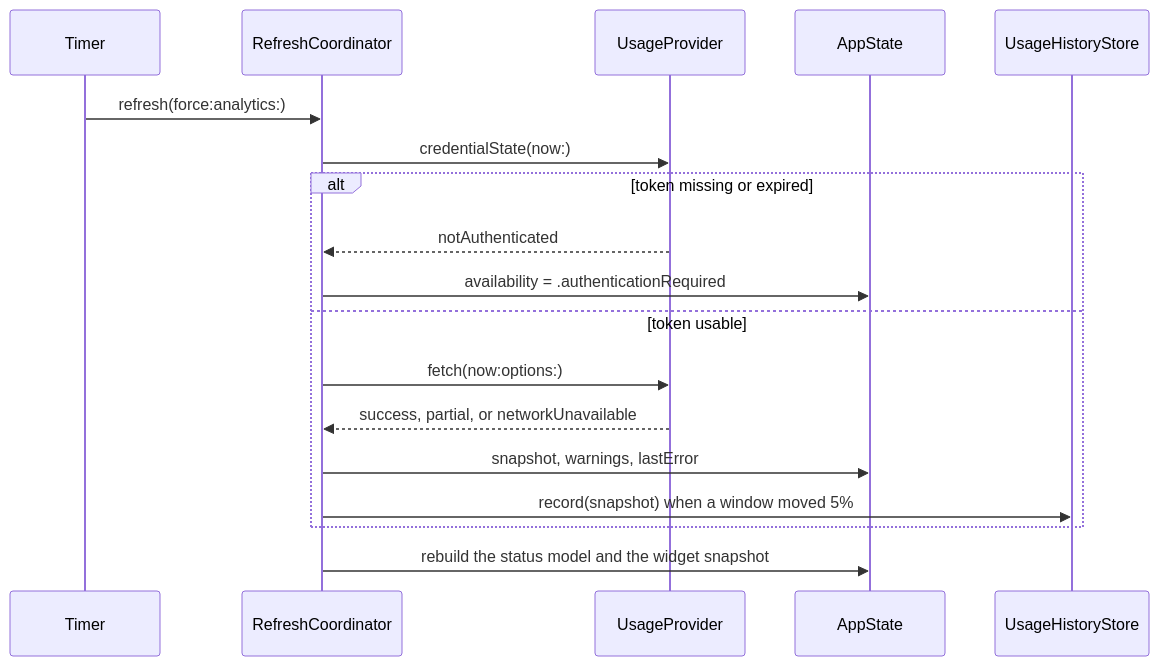
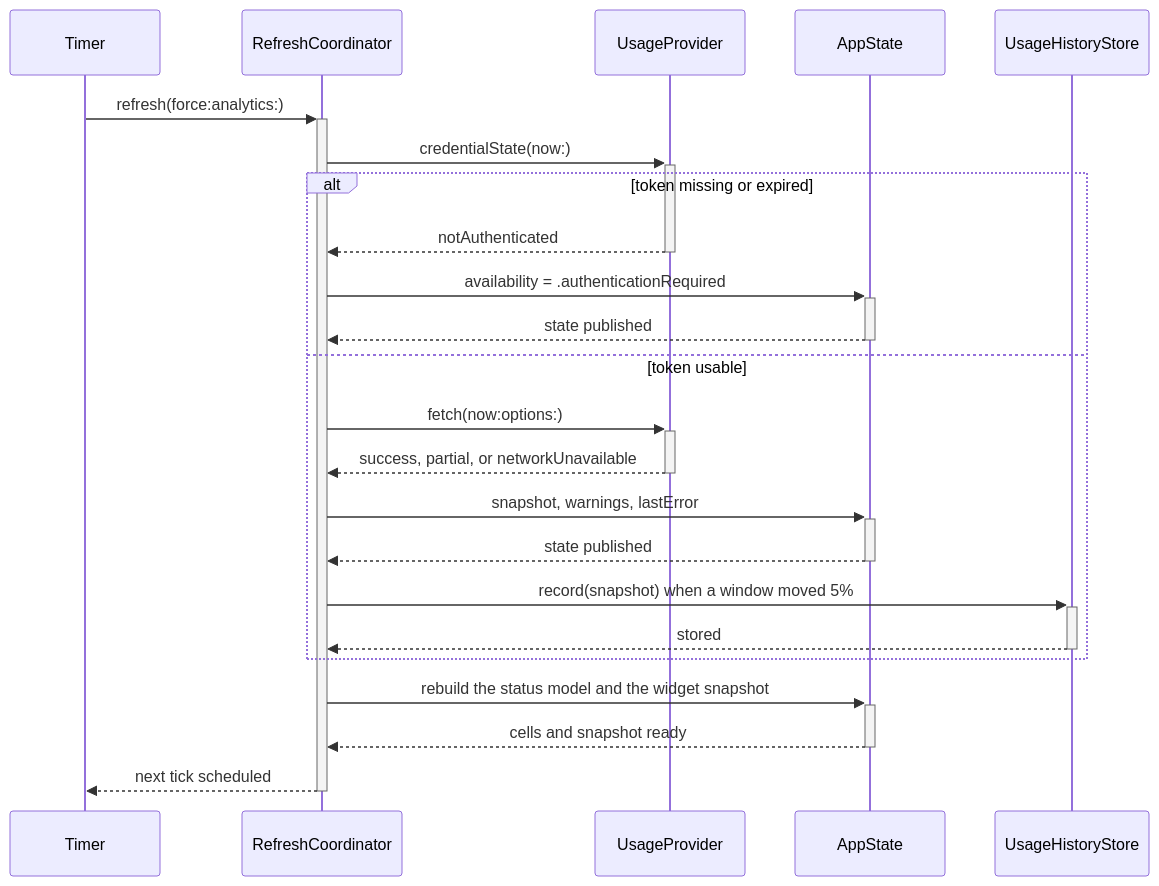
One commit to tox-dev/token-menu-bar-macos changed the second of 3 diagrams in website/content/contributing/_index.md. Above: the diagram before and after it, drawn with Mermaid. The commit also changed 2 other files, not shown here.

Commit message:
🧪 test: drive the Gemini and Cursor mappers through fetch
Both suites called the mapper functions with decoded fixtures, so they
described the shape of an internal type rather than what the app reports.
They now serve the same vendor JSON through the stub transport and assert
on the snapshot, including the four ways Cursor reports a bucket's usage
and the tier names Gemini maps to a plan.

Neither file needs @testable now.

Claude-Session: https://claude.ai/code/session_01CGckDFXvufWVmRH4uyE4z8

````diff
--- a/website/content/contributing/_index.md
+++ b/website/content/contributing/_index.md
@@ -61,20 +61,25 @@
 ```mermaid
 sequenceDiagram
     participant T as Timer
     participant C as RefreshCoordinator
     participant P as UsageProvider
     participant S as AppState
     participant H as UsageHistoryStore
-    T->>C: refresh(force:analytics:)
-    C->>P: credentialState(now:)
+    T->>+C: refresh(force:analytics:)
+    C->>+P: credentialState(now:)
     alt token missing or expired
-        P-->>C: notAuthenticated
-        C->>S: availability = .authenticationRequired
+        P-->>-C: notAuthenticated
+        C->>+S: availability = .authenticationRequired
+        S-->>-C: state published
     else token usable
-        C->>P: fetch(now:options:)
-        P-->>C: success, partial, or networkUnavailable
-        C->>S: snapshot, warnings, lastError
-        C->>H: record(snapshot) when a window moved 5%
+        C->>+P: fetch(now:options:)
+        P-->>-C: success, partial, or networkUnavailable
+        C->>+S: snapshot, warnings, lastError
+        S-->>-C: state published
+        C->>+H: record(snapshot) when a window moved 5%
+        H-->>-C: stored
     end
-    C->>S: rebuild the status model and the widget snapshot
+    C->>+S: rebuild the status model and the widget snapshot
+    S-->>-C: cells and snapshot ready
+    C-->>-T: next tick scheduled
 ```
````
